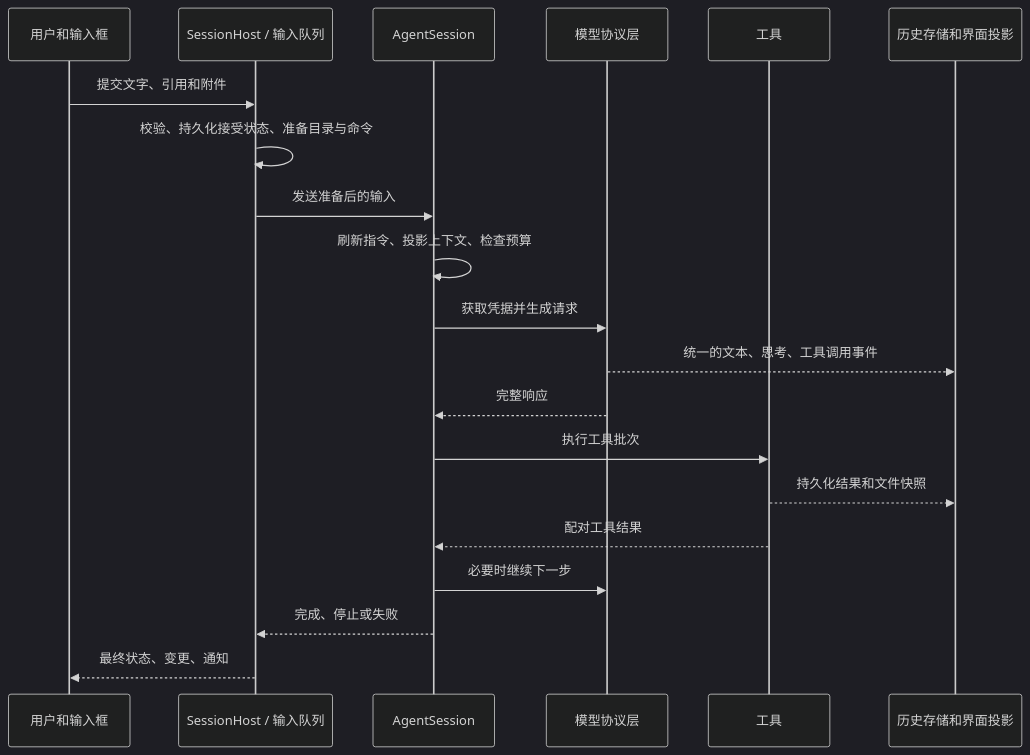
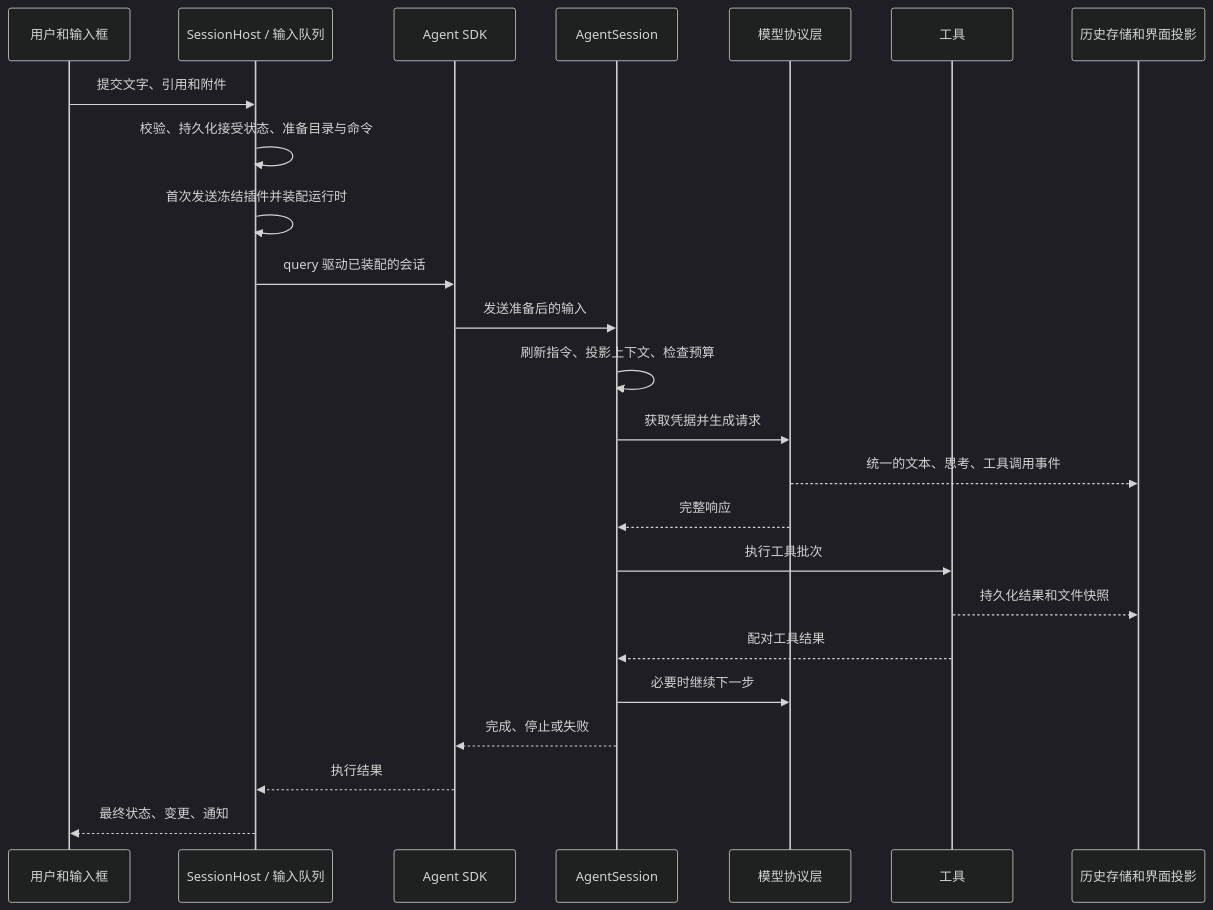
Before and after one commit to 1316151417/zpi: the second of 2 diagrams in docs/design.md, drawn with Mermaid (dark theme). The commit also changed other lines of this file and 34 other files, not shown here.

Commit message:
Document plugin architecture and release 0.3.3

````diff
--- a/docs/design.md
+++ b/docs/design.md
@@ -51,22 +57,26 @@
 ```mermaid
 sequenceDiagram
   participant U as 用户和输入框
   participant H as SessionHost / 输入队列
+  participant SDK as Agent SDK
   participant S as AgentSession
   participant M as 模型协议层
   participant T as 工具
   participant P as 历史存储和界面投影
   U->>H: 提交文字、引用和附件
   H->>H: 校验、持久化接受状态、准备目录与命令
-  H->>S: 发送准备后的输入
+  H->>H: 首次发送冻结插件并装配运行时
+  H->>SDK: query 驱动已装配的会话
+  SDK->>S: 发送准备后的输入
   S->>S: 刷新指令、投影上下文、检查预算
   S->>M: 获取凭据并生成请求
   M-->>P: 统一的文本、思考、工具调用事件
   M-->>S: 完整响应
   S->>T: 执行工具批次
   T-->>P: 持久化结果和文件快照
   T-->>S: 配对工具结果
   S->>M: 必要时继续下一步
-  S-->>H: 完成、停止或失败
+  S-->>SDK: 完成、停止或失败
+  SDK-->>H: 执行结果
   H-->>U: 最终状态、变更、通知
 ```
````
